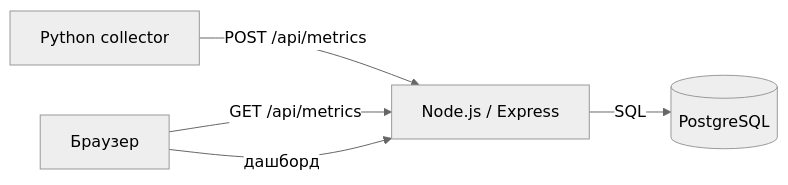
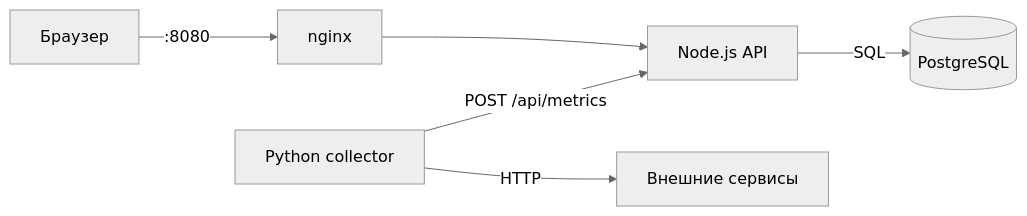
Before and after one commit to wehifuo/Server-monitoring: the diagram in README.md, drawn with Mermaid (neutral theme). The commit also changed other lines of this file and 8 other files, not shown here.

````diff
--- a/README.md
+++ b/README.md
@@ -9,7 +9,8 @@
 ```mermaid
 flowchart LR
-    C[Python collector] -->|POST /api/metrics| A[Node.js / Express]
+    U[Браузер] -->|:8080| N[nginx]
+    N --> A[Node.js API]
+    C[Python collector] -->|POST /api/metrics| A
     A -->|SQL| DB[(PostgreSQL)]
-    B[Браузер] -->|GET /api/metrics| A
-    B -->|дашборд| A
+    C -->|HTTP| T[Внешние сервисы]
 ```
````
